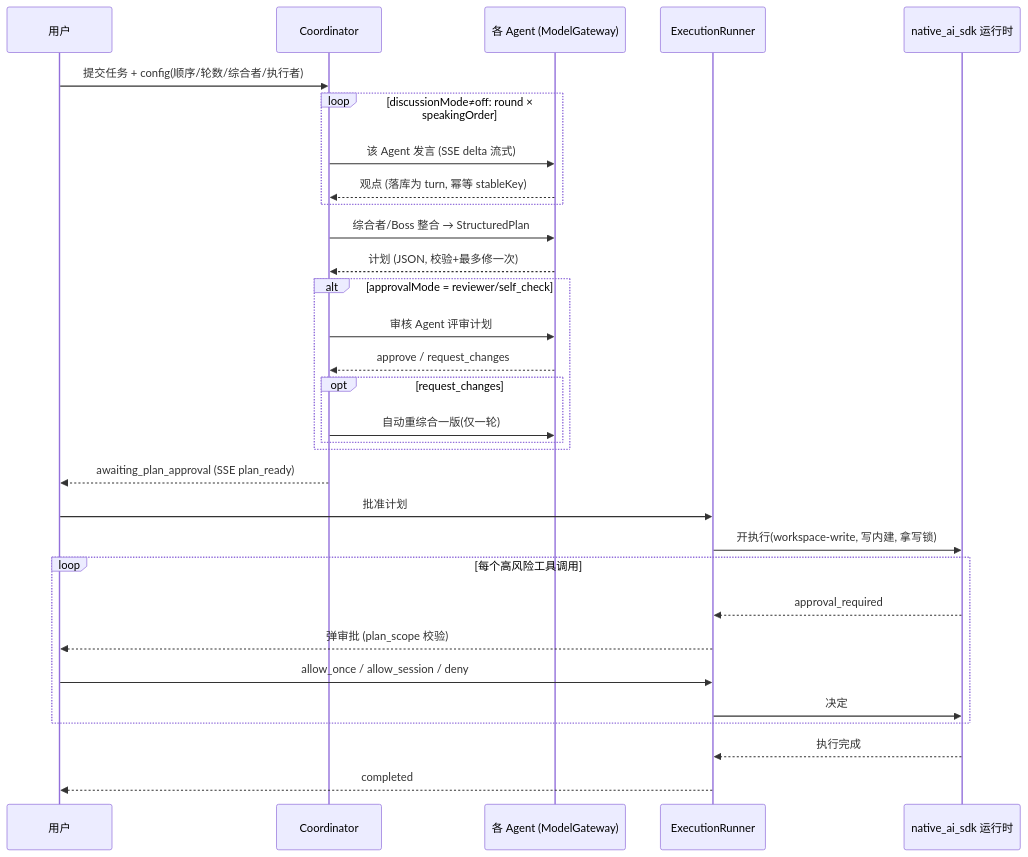
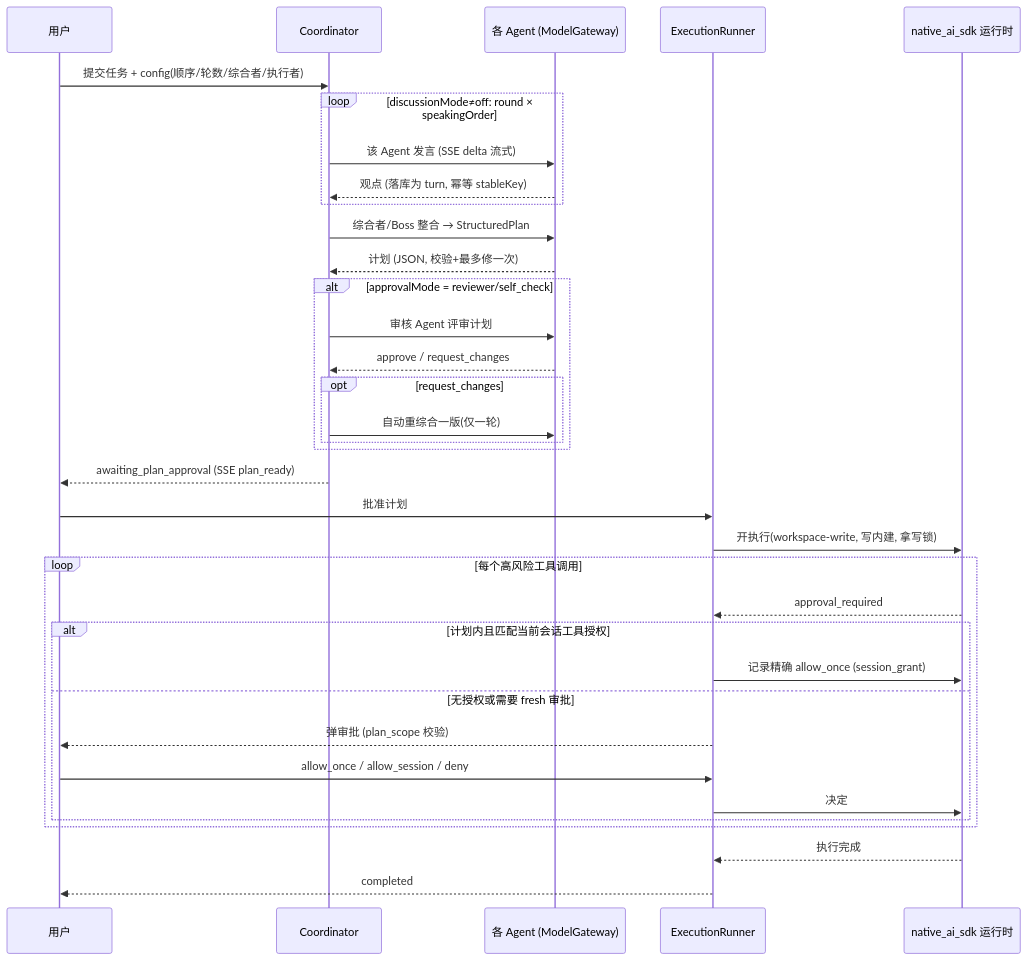
The sixth of 8 diagrams in doc/architecture.md (Haosen-Zhang/Socrates), drawn with Mermaid before and after one commit. The commit also changed other lines of this file and 124 other files, not shown here.

````diff
--- a/doc/architecture.md
+++ b/doc/architecture.md
@@ -291,34 +293,38 @@
 ```mermaid
 sequenceDiagram
   participant U as 用户
   participant Co as Coordinator
   participant A as 各 Agent (ModelGateway)
   participant Ex as ExecutionRunner
   participant Cx as native_ai_sdk 运行时
 
   U->>Co: 提交任务 + config(顺序/轮数/综合者/执行者)
   loop discussionMode≠off: round × speakingOrder
     Co->>A: 该 Agent 发言 (SSE delta 流式)
     A-->>Co: 观点 (落库为 turn, 幂等 stableKey)
   end
   Co->>A: 综合者/Boss 整合 → StructuredPlan
   A-->>Co: 计划 (JSON, 校验+最多修一次)
   alt approvalMode = reviewer/self_check
     Co->>A: 审核 Agent 评审计划
     A-->>Co: approve / request_changes
     opt request_changes
       Co->>A: 自动重综合一版(仅一轮)
     end
   end
   Co-->>U: awaiting_plan_approval (SSE plan_ready)
   U->>Ex: 批准计划
   Ex->>Cx: 开执行(workspace-write, 写内建, 拿写锁)
   loop 每个高风险工具调用
     Cx-->>Ex: approval_required
-    Ex-->>U: 弹审批 (plan_scope 校验)
-    U->>Ex: allow_once / allow_session / deny
-    Ex->>Cx: 决定
+    alt 计划内且匹配当前会话工具授权
+      Ex->>Cx: 记录精确 allow_once (session_grant)
+    else 无授权或需要 fresh 审批
+      Ex-->>U: 弹审批 (plan_scope 校验)
+      U->>Ex: allow_once / allow_session / deny
+      Ex->>Cx: 决定
+    end
   end
   Cx-->>Ex: 执行完成
   Ex-->>U: completed
 ```
````
